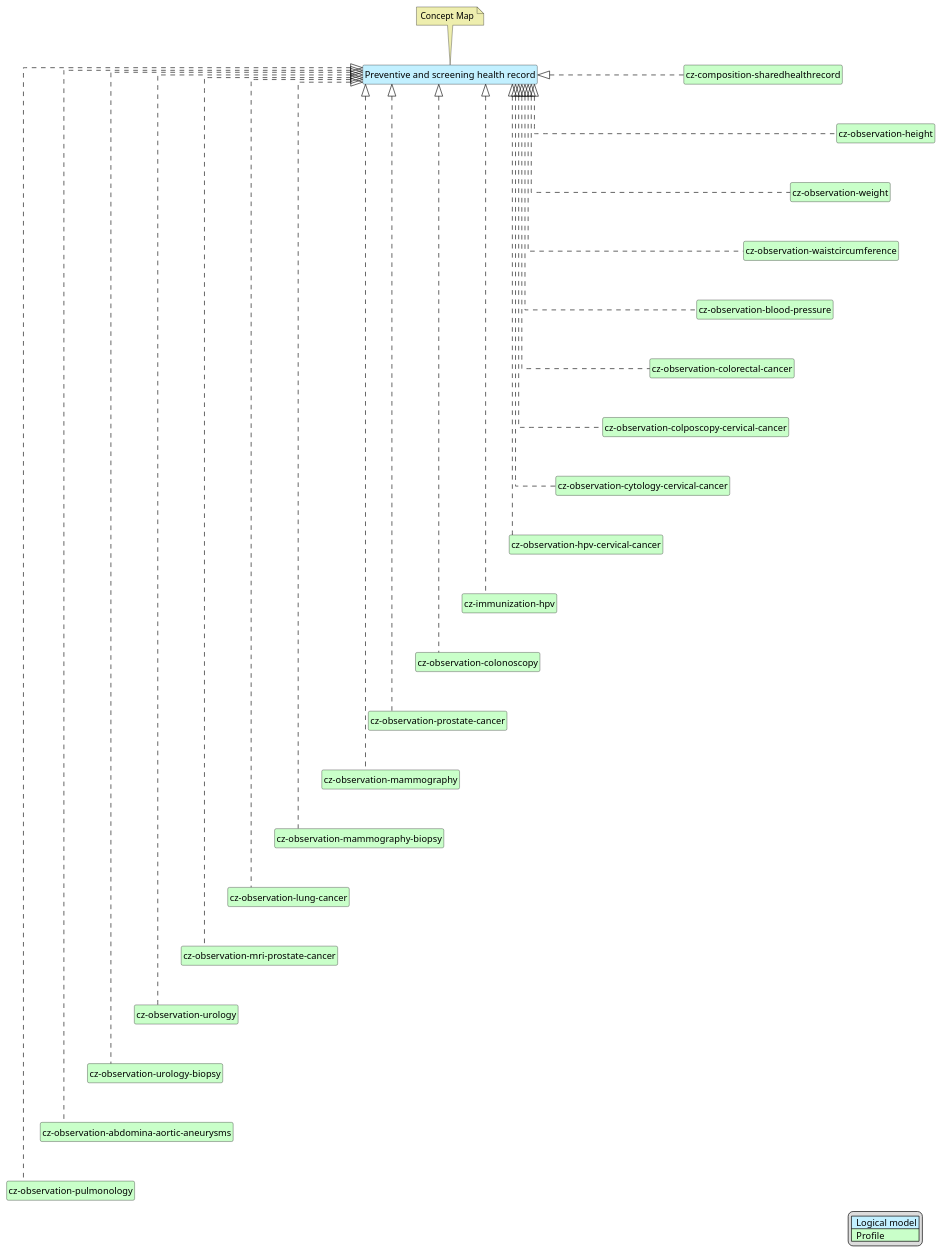
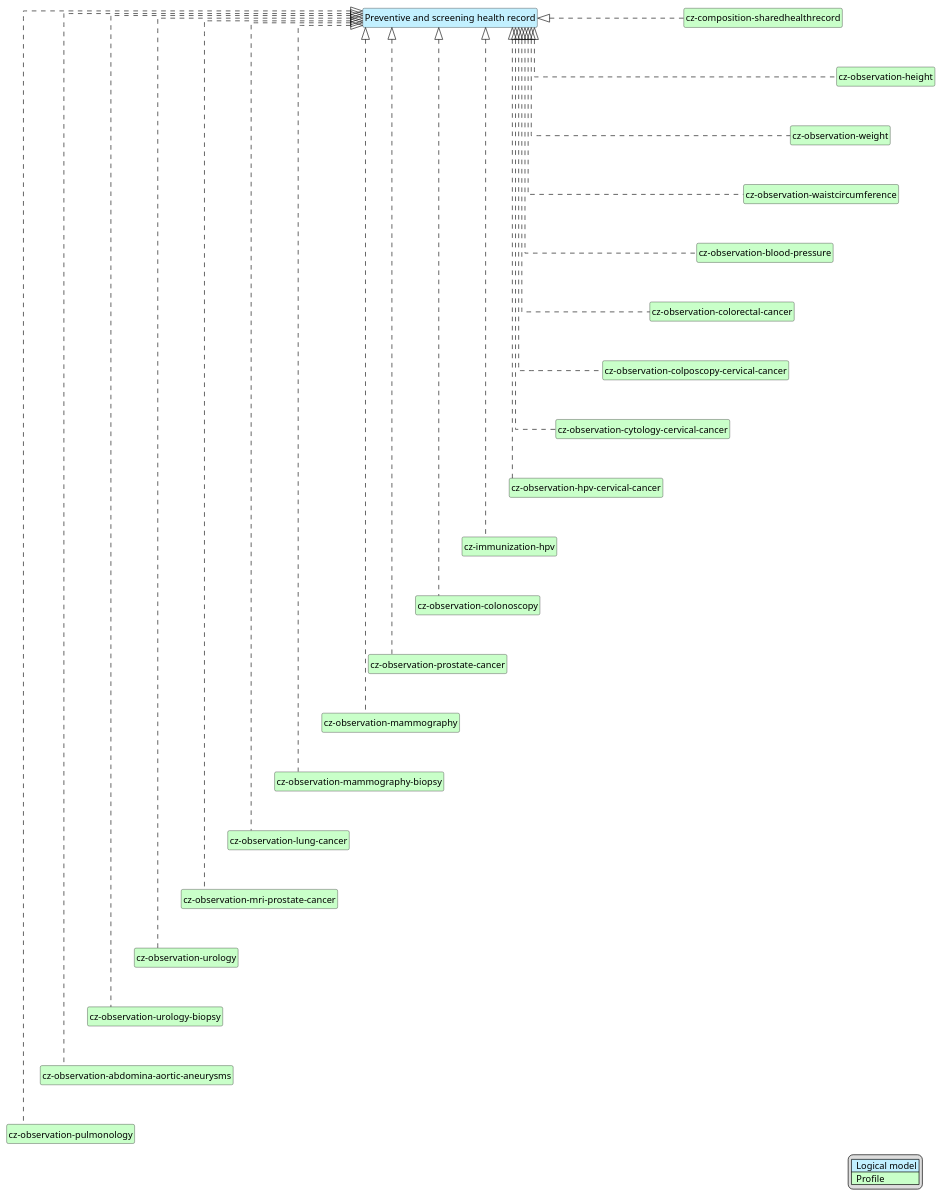
Before and after one commit to HL7-cz/szz: the diagram in input/images-source/szz-scr-map.plantuml, drawn with PlantUML. The commit also changed 13 other files, not shown here.

```diff
--- a/input/images-source/szz-scr-map.plantuml
+++ b/input/images-source/szz-scr-map.plantuml
@@ -1,83 +1,80 @@
 @startuml
 hide circle
 hide stereotype
 hide members
 hide methods
 skinparam linetype ortho
 skinparam class {
 BackgroundColor<<LogicalModel>> #APPLICATION
 BackgroundColor<<Profile>> #TECHNOLOGY
 }
 legend right
 | <#APPLICATION>  Logical model |
 | <#TECHNOLOGY>  Profile |
 endlegend
 
 class "Preventive and screening health record" <<LogicalModel>> [[StructureDefinition-PreventiveAndScreeningRecordCz.html]]
-note top #EEEEAE [[ConceptMap-ScreeningRecord2FHIR-cz.html]]
-Concept Map
-endnote
 
 class "cz-composition-sharedhealthrecord" <<Profile>> [[StructureDefinition-cz-composition-sharedhealthrecord.html]]
 class "cz-observation-height" <<Profile>> [[StructureDefinition-cz-bodyheight.html]]
 class "cz-observation-weight" <<Profile>> [[StructureDefinition-cz-bodyweight.html]]
 class "cz-observation-waistcircumference" <<Profile>> [[StructureDefinition-cz-waist-circumference.html]]
 class "cz-observation-blood-pressure" <<Profile>> [[StructureDefinition-cz-observation-blood-pressure.html]]
 class "cz-observation-colorectal-cancer" <<Profile>> [[StructureDefinition-cz-observation-colorectal-cancer.html]]
 class "cz-observation-colposcopy-cervical-cancer" <<Profile>> [[StructureDefinition-cz-observation-colposcopy-cervical-cancer.html]]
 class "cz-observation-cytology-cervical-cancer" <<Profile>> [[StructureDefinition-cz-observation-cytology-cervical-cancer.html]]
 class "cz-observation-hpv-cervical-cancer" <<Profile>> [[StructureDefinition-cz-observation-hpv-cervical-cancer.html]]
 class "cz-immunization-hpv" <<Profile>> [[StructureDefinition-cz-immunization-hpv.html]]
 class "cz-observation-colonoscopy" <<Profile>> [[StructureDefinition-cz-observation-colonoscopy.html]]
 class "cz-observation-prostate-cancer" <<Profile>> [[StructureDefinition-cz-observation-prostate-cancer.html]]
 class "cz-observation-mammography" <<Profile>> [[StructureDefinition-cz-observation-mammography.html]]
 class "cz-observation-mammography-biopsy" <<Profile>> [[StructureDefinition-cz-observation-mammography-biopsy.html]]
 class "cz-observation-lung-cancer" <<Profile>> [[StructureDefinition-cz-observation-lung-cancer.html]]
 class "cz-observation-mri-prostate-cancer" <<Profile>> [[StructureDefinition-cz-observation-mri-prostate-cancer.html]]
 class "cz-observation-urology" <<Profile>> [[StructureDefinition-cz-observation-urology.html]]
 class "cz-observation-urology-biopsy" <<Profile>> [[StructureDefinition-cz-observation-urology-biopsy.html]]
 class "cz-observation-abdomina-aortic-aneurysms" <<Profile>> [[StructureDefinition-cz-observation-abdomina-aortic-aneurysms.html]]
 class "cz-observation-pulmonology" <<Profile>> [[StructureDefinition-cz-observation-pulmonology.html]]
 
 "Preventive and screening health record" <|. "cz-composition-sharedhealthrecord"
 "Preventive and screening health record" <|. "cz-observation-height"
 "Preventive and screening health record" <|. "cz-observation-weight"
 "Preventive and screening health record" <|. "cz-observation-waistcircumference"
 "Preventive and screening health record" <|. "cz-observation-blood-pressure"
 "Preventive and screening health record" <|. "cz-observation-colorectal-cancer"
 "Preventive and screening health record" <|. "cz-observation-colposcopy-cervical-cancer"
 "Preventive and screening health record" <|. "cz-observation-cytology-cervical-cancer"
 "Preventive and screening health record" <|. "cz-observation-hpv-cervical-cancer"
 "Preventive and screening health record" <|. "cz-immunization-hpv"
 "Preventive and screening health record" <|. "cz-observation-colonoscopy"
 "Preventive and screening health record" <|. "cz-observation-prostate-cancer"
 "Preventive and screening health record" <|. "cz-observation-mammography"
 "Preventive and screening health record" <|. "cz-observation-mammography-biopsy"
 "Preventive and screening health record" <|. "cz-observation-lung-cancer"
 "Preventive and screening health record" <|. "cz-observation-mri-prostate-cancer"
 "Preventive and screening health record" <|. "cz-observation-urology"
 "Preventive and screening health record" <|. "cz-observation-urology-biopsy"
 "Preventive and screening health record" <|. "cz-observation-abdomina-aortic-aneurysms"
 "Preventive and screening health record" <|. "cz-observation-pulmonology"
 
 "cz-composition-sharedhealthrecord" -d[hidden]-> "cz-observation-height"
 "cz-observation-height" -d[hidden]-> "cz-observation-weight"
 "cz-observation-weight" -d[hidden]-> "cz-observation-waistcircumference"
 "cz-observation-waistcircumference" -d[hidden]-> "cz-observation-blood-pressure"
 "cz-observation-blood-pressure" -d[hidden]-> "cz-observation-colorectal-cancer"
 "cz-observation-colorectal-cancer" -d[hidden]-> "cz-observation-colposcopy-cervical-cancer"
 "cz-observation-colposcopy-cervical-cancer" -d[hidden]-> "cz-observation-cytology-cervical-cancer"
 "cz-observation-cytology-cervical-cancer" -d[hidden]-> "cz-observation-hpv-cervical-cancer"
 "cz-observation-hpv-cervical-cancer" -d[hidden]-> "cz-immunization-hpv"
 "cz-immunization-hpv" -d[hidden]-> "cz-observation-colonoscopy"
 "cz-observation-colonoscopy" -d[hidden]-> "cz-observation-prostate-cancer"
 "cz-observation-prostate-cancer" -d[hidden]-> "cz-observation-mammography"
 "cz-observation-mammography" -d[hidden]-> "cz-observation-mammography-biopsy"
 "cz-observation-mammography-biopsy" -d[hidden]-> "cz-observation-lung-cancer"
 "cz-observation-lung-cancer" -d[hidden]-> "cz-observation-mri-prostate-cancer"
 "cz-observation-mri-prostate-cancer" -d[hidden]-> "cz-observation-urology"
 "cz-observation-urology" -d[hidden]-> "cz-observation-urology-biopsy"
 "cz-observation-urology-biopsy" -d[hidden]-> "cz-observation-abdomina-aortic-aneurysms"
 "cz-observation-abdomina-aortic-aneurysms" -d[hidden]-> "cz-observation-pulmonology"
 
 @enduml
```
